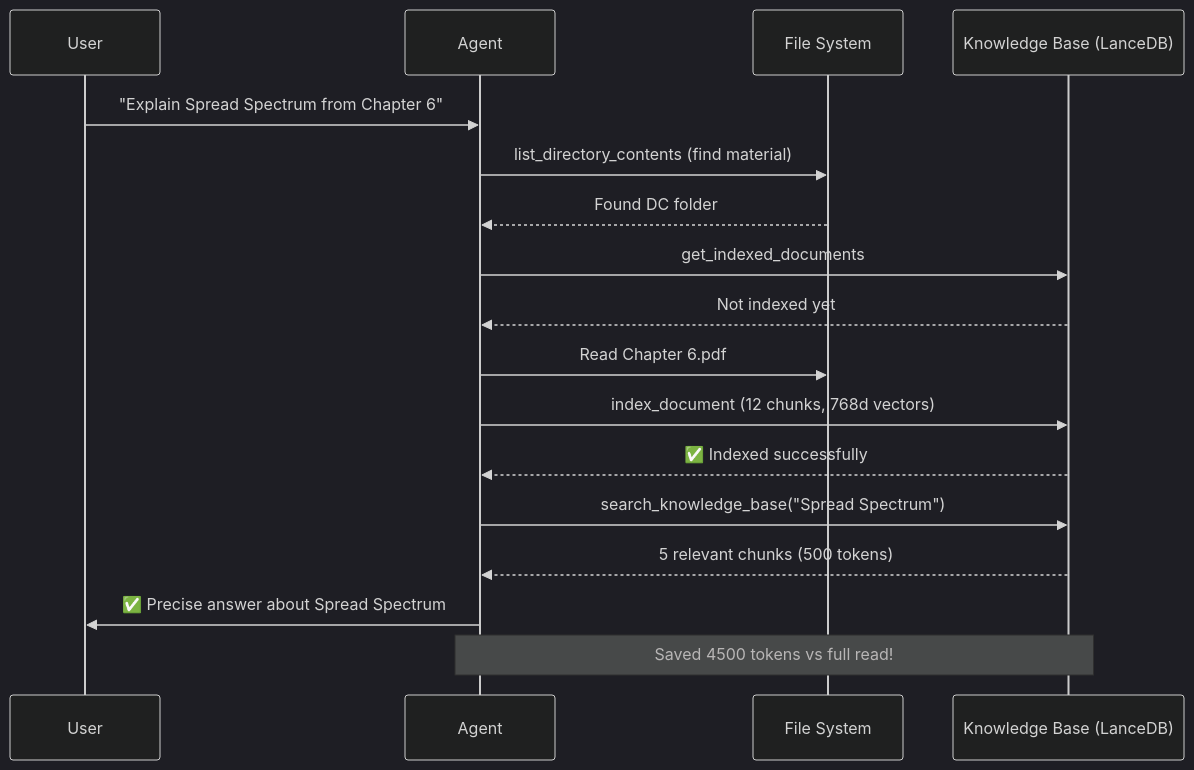
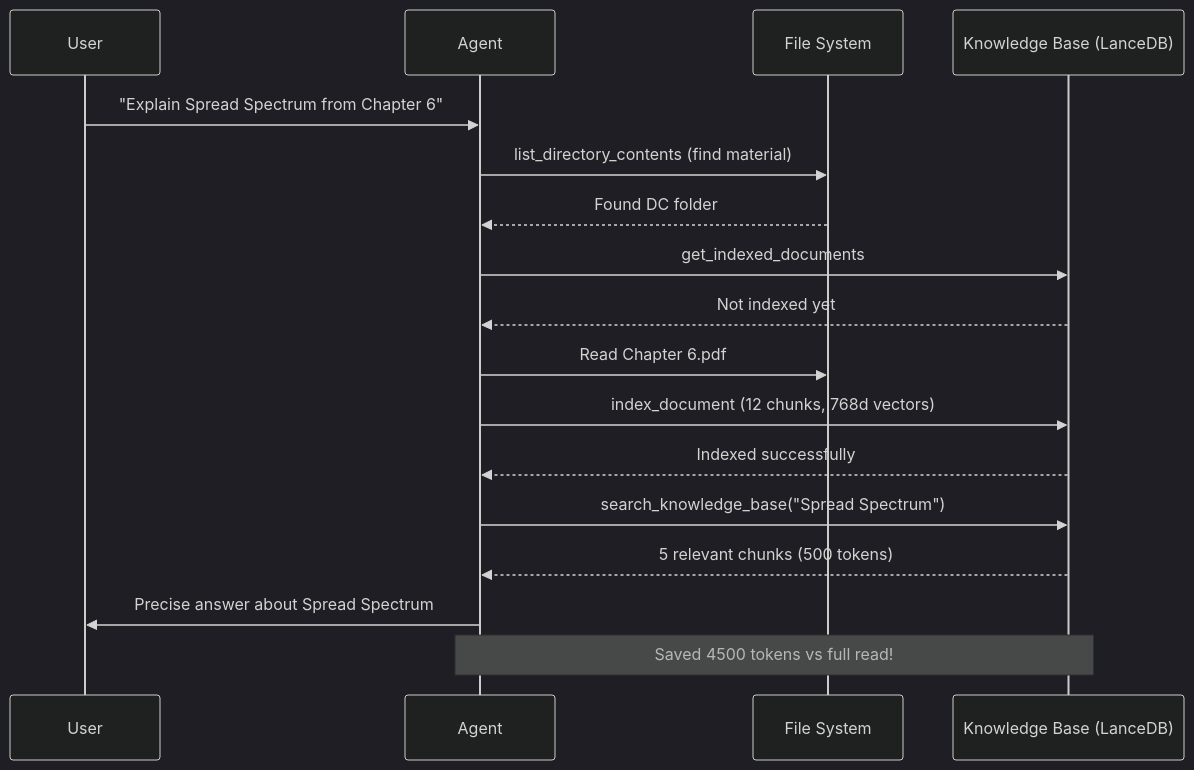
The third of 3 diagrams in README.md (fenil210/agent-memory-and-personalization), drawn with Mermaid (dark theme) before and after one commit. The commit also changed other lines of this file and 1 other file, not shown here.

Commit message:
feat: Add API key environment variables and refine README formatting by removing emojis and simplifying the project structure diagram.

````diff
--- a/README.md
+++ b/README.md
@@ -251,21 +251,21 @@
 ```mermaid
 sequenceDiagram
     participant U as User
     participant A as Agent
     participant FS as File System
     participant KB as Knowledge Base (LanceDB)
     
     U->>A: "Explain Spread Spectrum from Chapter 6"
     A->>FS: list_directory_contents (find material)
     FS-->>A: Found DC folder
     A->>KB: get_indexed_documents
     KB-->>A: Not indexed yet
     A->>FS: Read Chapter 6.pdf
     A->>KB: index_document (12 chunks, 768d vectors)
-    KB-->>A: ✅ Indexed successfully
+    KB-->>A:  Indexed successfully
     A->>KB: search_knowledge_base("Spread Spectrum")
     KB-->>A: 5 relevant chunks (500 tokens)
-    A->>U: ✅ Precise answer about Spread Spectrum
+    A->>U:  Precise answer about Spread Spectrum
     
     Note over A,KB: Saved 4500 tokens vs full read!
 ```
````
